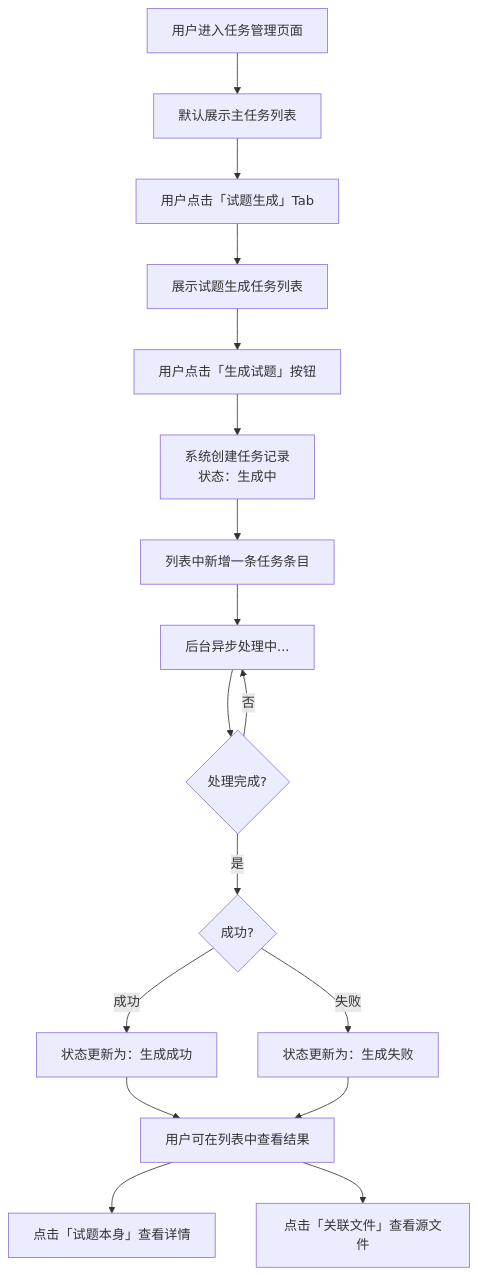
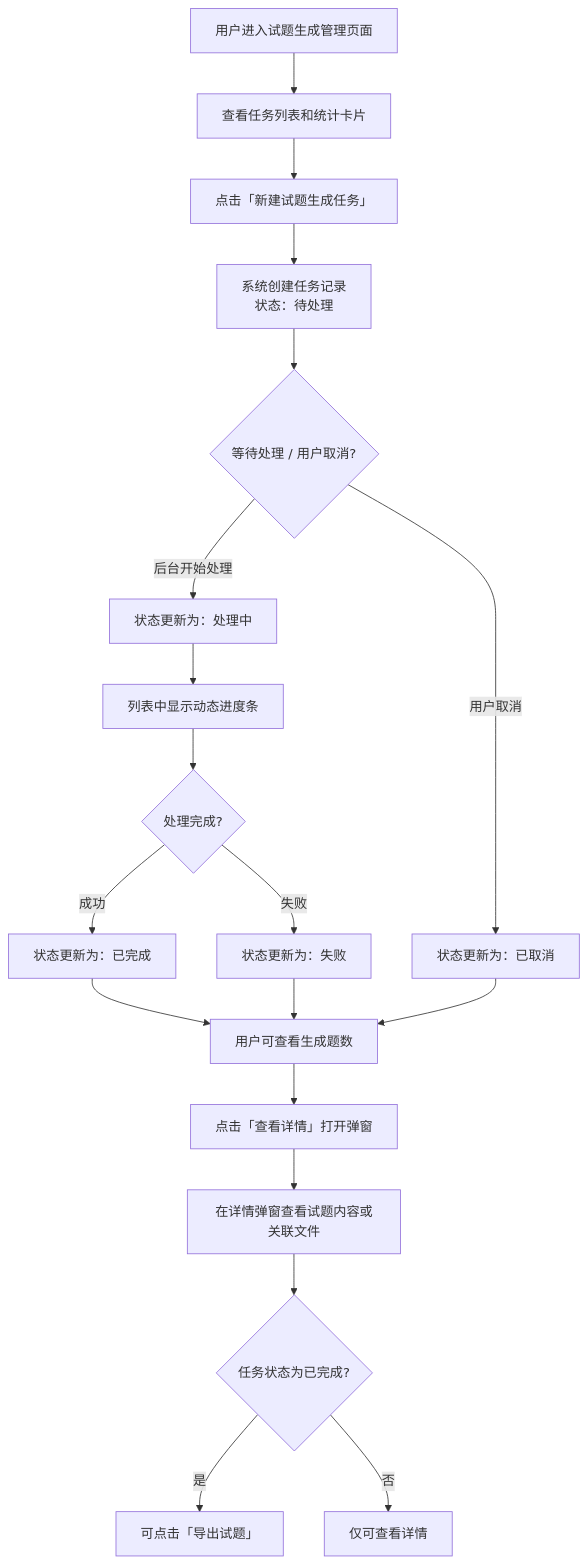
One commit to liellaaaaa/PrototypeDiagram changed the diagram in TaskManagementCenter/试题生成任务监控方案.md. Above: the diagram before and after it, drawn with Mermaid. The commit also changed other lines of this file, not shown here.

````diff
--- a/TaskManagementCenter/试题生成任务监控方案.md
+++ b/TaskManagementCenter/试题生成任务监控方案.md
@@ -65,19 +129,21 @@
 ```mermaid
 flowchart TD
-    A[用户进入任务管理页面] --> B[默认展示主任务列表]
-    B --> C[用户点击「试题生成」Tab]
-    C --> D[展示试题生成任务列表]
-    D --> E[用户点击「生成试题」按钮]
-    E --> F[系统创建任务记录<br/>状态：生成中]
-    F --> G[列表中新增一条任务条目]
-    G --> H[后台异步处理中...]
+    A[用户进入试题生成管理页面] --> B[查看任务列表和统计卡片]
+    B --> C[点击「新建试题生成任务」]
+    C --> D[系统创建任务记录<br/>状态：待处理]
+    D --> E{等待处理 / 用户取消?}
+    E -->|后台开始处理| F[状态更新为：处理中]
+    E -->|用户取消| G[状态更新为：已取消]
+    F --> H[列表中显示动态进度条]
     H --> I{处理完成?}
-    I -->|是| J{成功?}
-    J -->|成功| K[状态更新为：生成成功]
-    J -->|失败| L[状态更新为：生成失败]
-    K --> M[用户可在列表中查看结果]
-    L --> M
-    I -->|否| H
-    M --> N[点击「试题本身」查看详情]
-    M --> O[点击「关联文件」查看源文件]
+    I -->|成功| J[状态更新为：已完成]
+    I -->|失败| K[状态更新为：失败]
+    J --> L[用户可查看生成题数]
+    K --> L
+    G --> L
+    L --> M[点击「查看详情」打开弹窗]
+    M --> N[在详情弹窗查看试题内容或关联文件]
+    N --> O{任务状态为已完成?}
+    O -->|是| P[可点击「导出试题」]
+    O -->|否| Q[仅可查看详情]
 ```
````
